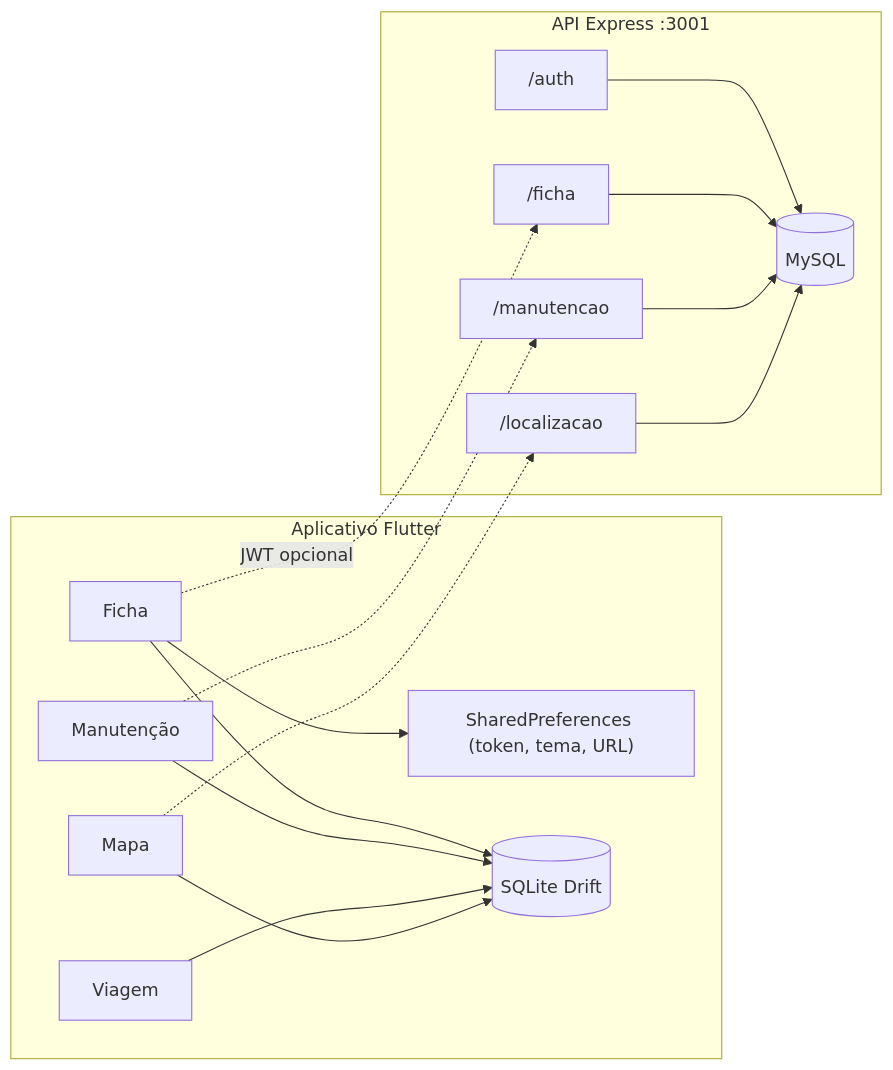
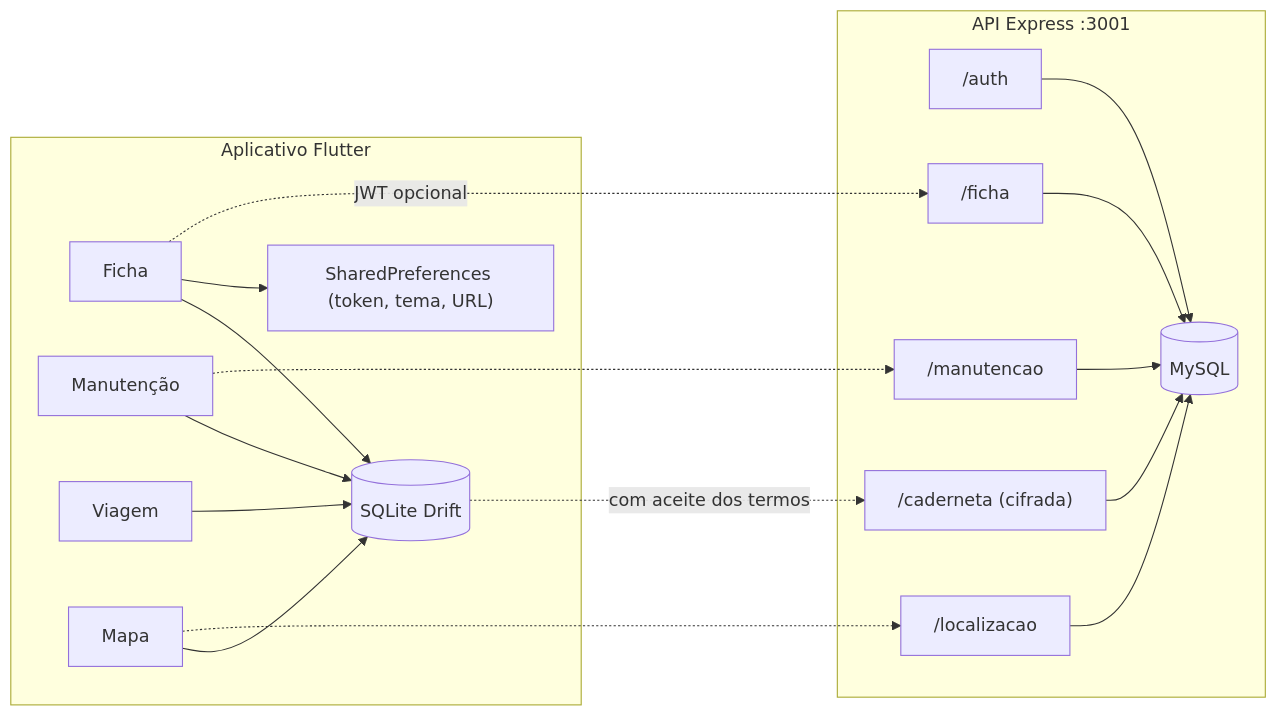
The diagram in docs/arquitetura.md (RaulnikRoyce/life-and-roads), drawn with Mermaid before and after one commit. The commit also changed other lines of this file and 20 other files, not shown here.

````diff
--- a/docs/arquitetura.md
+++ b/docs/arquitetura.md
@@ -7,30 +7,33 @@
 ```mermaid
 flowchart LR
   subgraph aparelho ["Aplicativo Flutter"]
     Ficha
     Manutencao["Manutenção"]
     Viagem
     Mapa
     Prefs["SharedPreferences (token, tema, URL)"]
     Sqlite[(SQLite Drift)]
   end
   subgraph servidor ["API Express :3001"]
     Auth["/auth"]
     RF["/ficha"]
     RM["/manutencao"]
     RL["/localizacao"]
+    RC["/caderneta (cifrada)"]
     MySQL[(MySQL)]
   end
   Ficha --> Sqlite
   Manutencao --> Sqlite
   Viagem --> Sqlite
   Mapa --> Sqlite
   Ficha --> Prefs
   Ficha -.->|"JWT opcional"| RF
   Manutencao -.-> RM
   Mapa -.-> RL
+  Sqlite -.->|"com aceite dos termos"| RC
   Auth --> MySQL
   RF --> MySQL
   RM --> MySQL
   RL --> MySQL
+  RC --> MySQL
 ```
````
